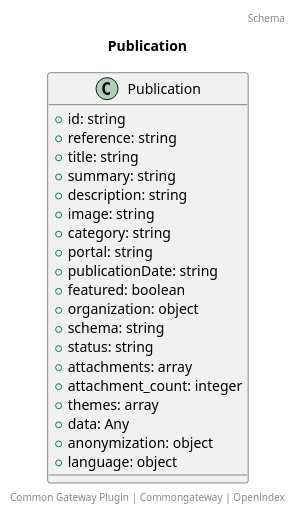
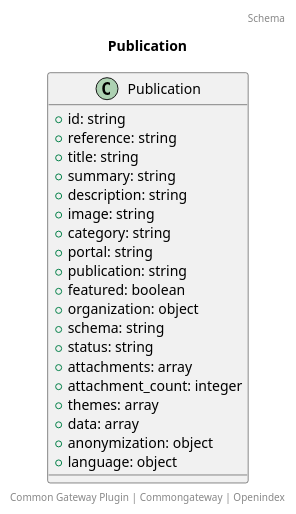
One commit to CommonGateway/OpenIndex changed the diagram in docs/schema/Publication.puml. Above: the diagram before and after it, drawn with PlantUML. The commit also changed 7 other files, not shown here.

```diff
--- a/docs/schema/Publication.puml
+++ b/docs/schema/Publication.puml
@@ -1,27 +1,27 @@
 @startuml
 title: Publication
 footer: Common Gateway Plugin | Commongateway | Openindex 
 header: Schema
 
 class Publication {
   + id: string
   + reference: string
   + title: string
   + summary: string
   + description: string
   + image: string
   + category: string
   + portal: string
-  + publicationDate: string
+  + publication: string
   + featured: boolean
   + organization: object
   + schema: string
   + status: string
   + attachments: array
   + attachment_count: integer
   + themes: array
-  + data: Any
+  + data: array
   + anonymization: object
   + language: object
 }
 @enduml
```
